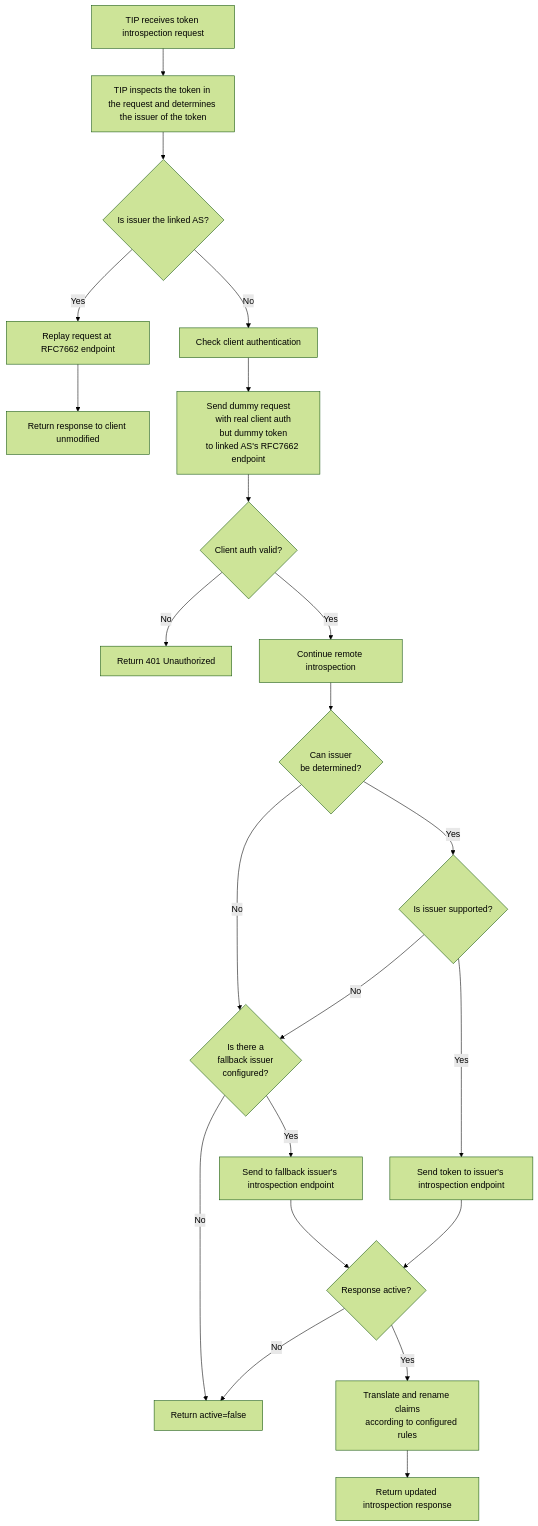
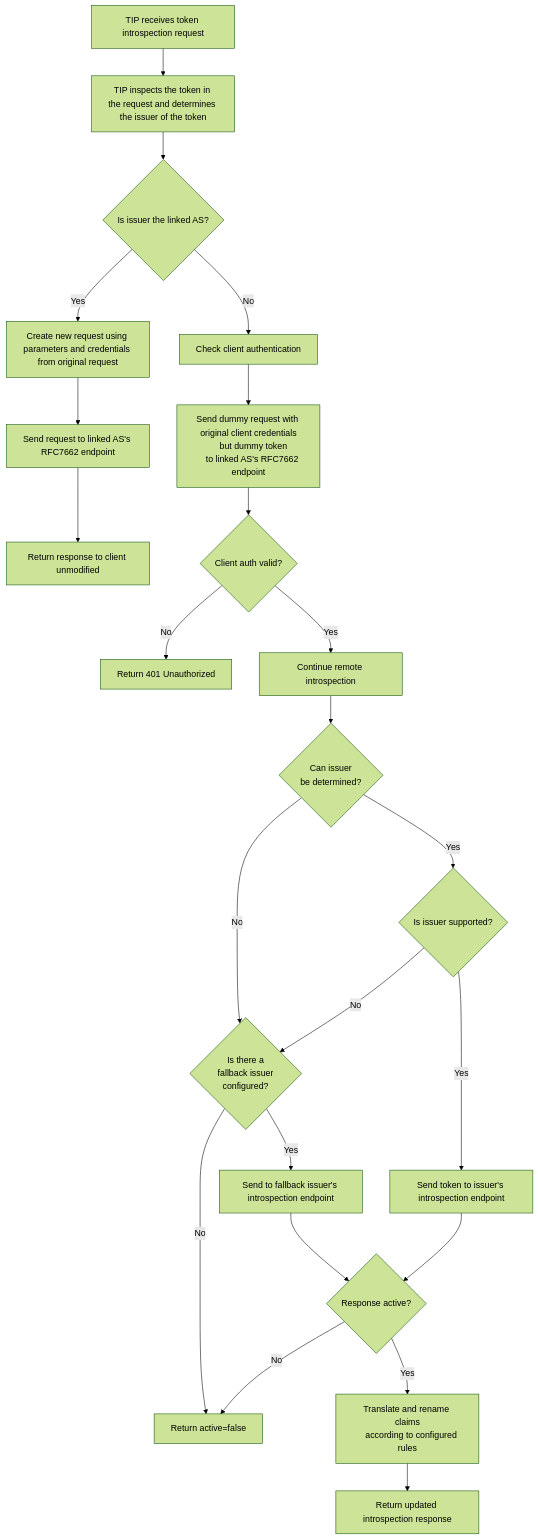
The diagram in README.md (zachmann/tip), drawn with Mermaid (forest theme) before and after one commit. The commit also changed 3 other files, not shown here.

First line of the commit message:
Forward client credentials in all introspection flows

````diff
--- a/README.md
+++ b/README.md
@@ -22,46 +22,46 @@
 ```mermaid
 flowchart TD
    A[TIP receives token introspection request]
    AA[TIP inspects the token in the request and determines the issuer of the token]
    B{Is issuer the linked AS?}
-   C[Replay request at RFC7662 endpoint]
+   C[Create new request using parameters and credentials from original request]
+   CC[Send request to linked AS's RFC7662 endpoint]
    D[Return response to client unmodified]
    E[Check client authentication]
-   F[Send dummy request
-    with real client auth
+   F[Send dummy request with original client credentials
     but dummy token
     to linked AS's RFC7662 endpoint]
    G{Client auth valid?}
    H[Return 401 Unauthorized]
    I[Continue remote introspection]
    J{Can issuer
     be determined?}
    K{Is issuer supported?}
    L{Is there a
     fallback issuer
     configured?}
    Q[Send to fallback issuer's introspection endpoint]
    M[Send token to issuer's introspection endpoint]
    N{Response active?}
    O[Return active=false]
    P[Translate and rename claims
     according to configured rules]
    R[Return updated introspection response]
 
    A --> AA
    AA --> B
-   B -- Yes --> C --> D
+   B -- Yes --> C --> CC --> D
    B -- No --> E --> F --> G
    G -- No --> H
    G -- Yes --> I --> J
    K -- No --> L
    J -- No --> L
    J -- Yes --> K
    K -- Yes --> M --> N
    N -- No --> O
    Q --> N
    N -- Yes --> P
    L -- Yes --> Q
    L -- No --> O
    P --> R
 ```
````
